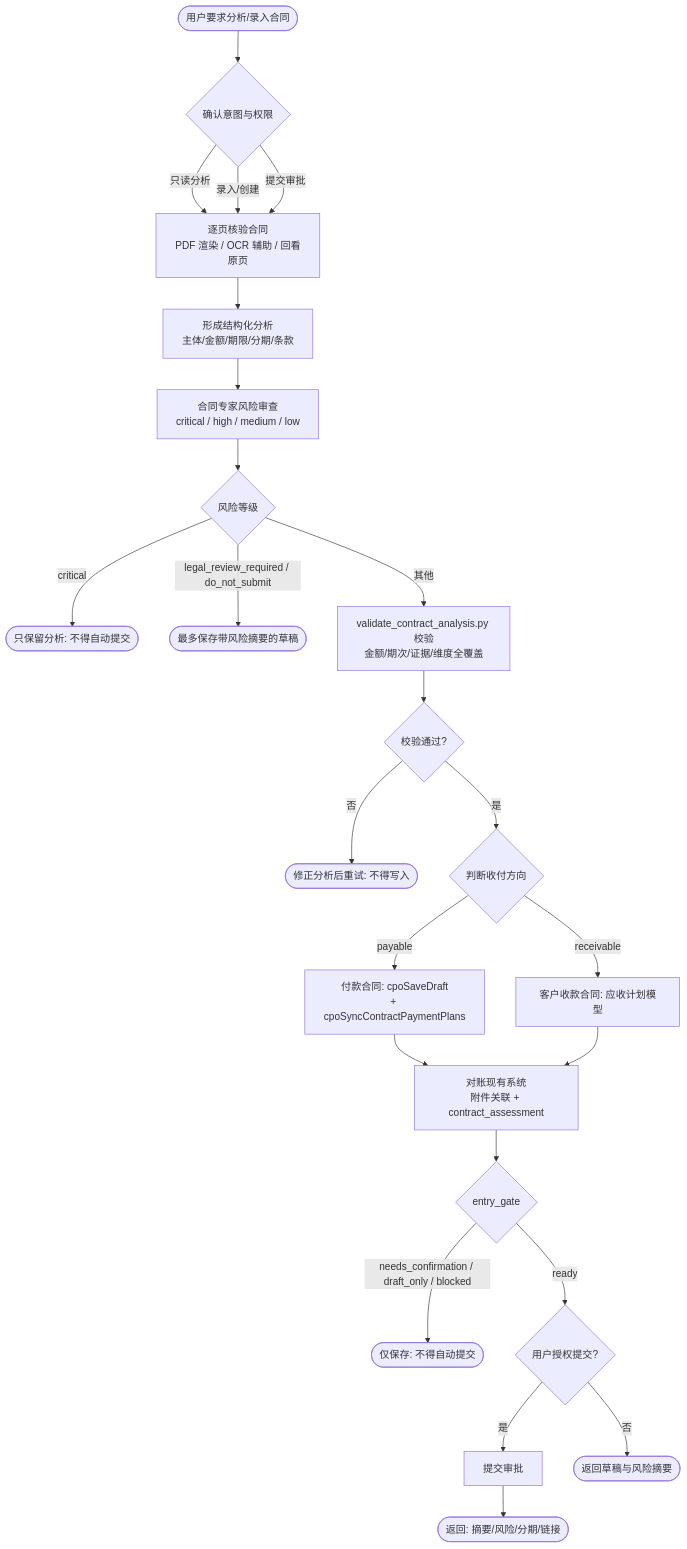
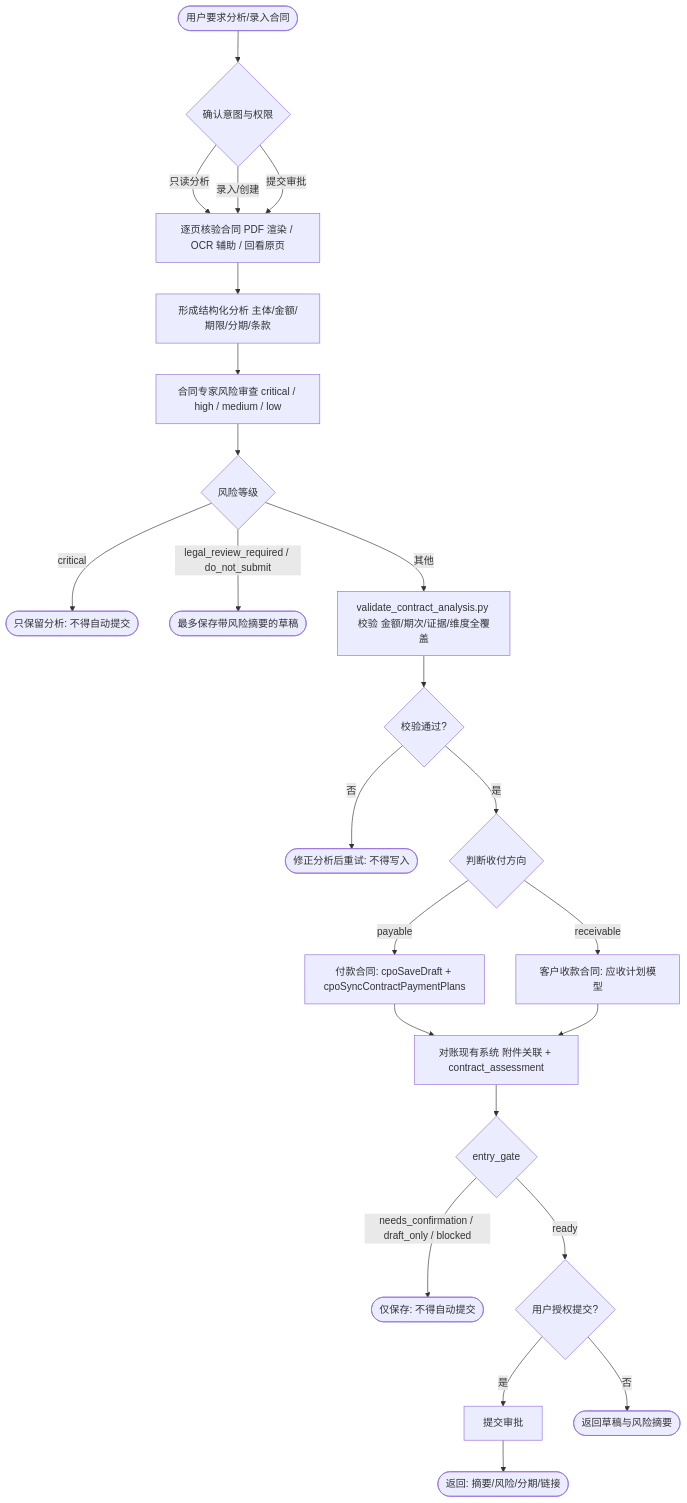
The diagram in .agents/skills/cpo-contract-analysis-and-entry/SKILL.md (lovrabet/ei-demo), drawn with Mermaid before and after one commit. The commit also changed 8 other files, not shown here.

Commit message:
feat: 侧边栏菜单移除飞书消息通知；skill 流程图去掉平台不支持的 br 换行标签

````diff
--- a/.agents/skills/cpo-contract-analysis-and-entry/SKILL.md
+++ b/.agents/skills/cpo-contract-analysis-and-entry/SKILL.md
@@ -16,26 +16,26 @@
 ```mermaid
 flowchart TD
   Start([用户要求分析/录入合同]) --> L1{确认意图与权限}
-  L1 -- 只读分析 --> L2[逐页核验合同<br/>PDF 渲染 / OCR 辅助 / 回看原页]
+  L1 -- 只读分析 --> L2[逐页核验合同 PDF 渲染 / OCR 辅助 / 回看原页]
   L1 -- 录入/创建 --> L2
   L1 -- 提交审批 --> L2
-  L2 --> L3[形成结构化分析<br/>主体/金额/期限/分期/条款]
-  L3 --> L4[合同专家风险审查<br/>critical / high / medium / low]
+  L2 --> L3[形成结构化分析 主体/金额/期限/分期/条款]
+  L3 --> L4[合同专家风险审查 critical / high / medium / low]
   L4 --> L5{风险等级}
   L5 -- critical --> R1([只保留分析: 不得自动提交])
   L5 -- legal_review_required / do_not_submit --> R2([最多保存带风险摘要的草稿])
-  L5 -- 其他 --> L6[validate_contract_analysis.py 校验<br/>金额/期次/证据/维度全覆盖]
+  L5 -- 其他 --> L6[validate_contract_analysis.py 校验 金额/期次/证据/维度全覆盖]
   L6 --> L7{校验通过?}
   L7 -- 否 --> Stop1([修正分析后重试: 不得写入])
   L7 -- 是 --> L8{判断收付方向}
-  L8 -- payable --> P1[付款合同: cpoSaveDraft<br/>+ cpoSyncContractPaymentPlans]
+  L8 -- payable --> P1[付款合同: cpoSaveDraft + cpoSyncContractPaymentPlans]
   L8 -- receivable --> P2[客户收款合同: 应收计划模型]
-  P1 --> L9[对账现有系统<br/>附件关联 + contract_assessment]
+  P1 --> L9[对账现有系统 附件关联 + contract_assessment]
   P2 --> L9
   L9 --> L10{entry_gate}
   L10 -- needs_confirmation / draft_only / blocked --> E1([仅保存: 不得自动提交])
   L10 -- ready --> L11{用户授权提交?}
   L11 -- 是 --> L12[提交审批]
   L11 -- 否 --> E2([返回草稿与风险摘要])
   L12 --> E3([返回: 摘要/风险/分期/链接])
 ```
````
